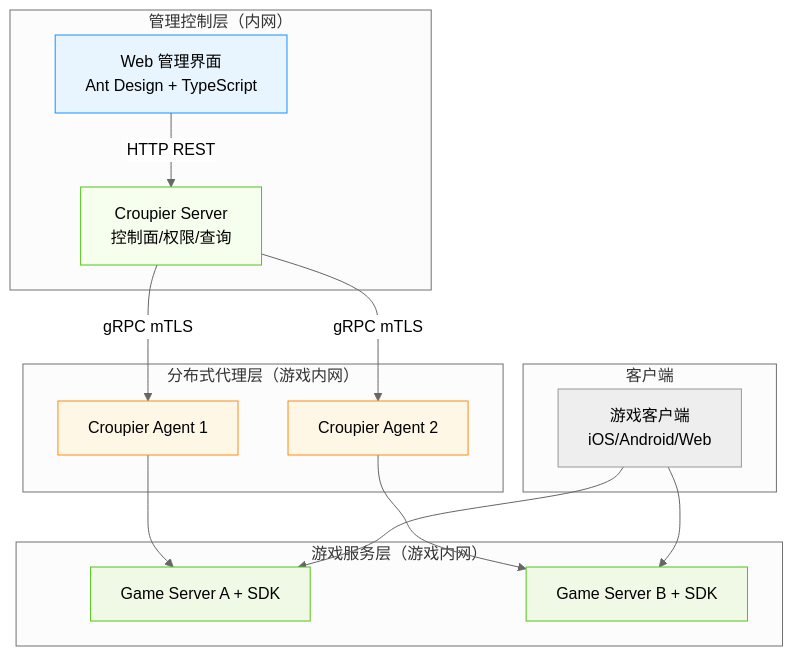
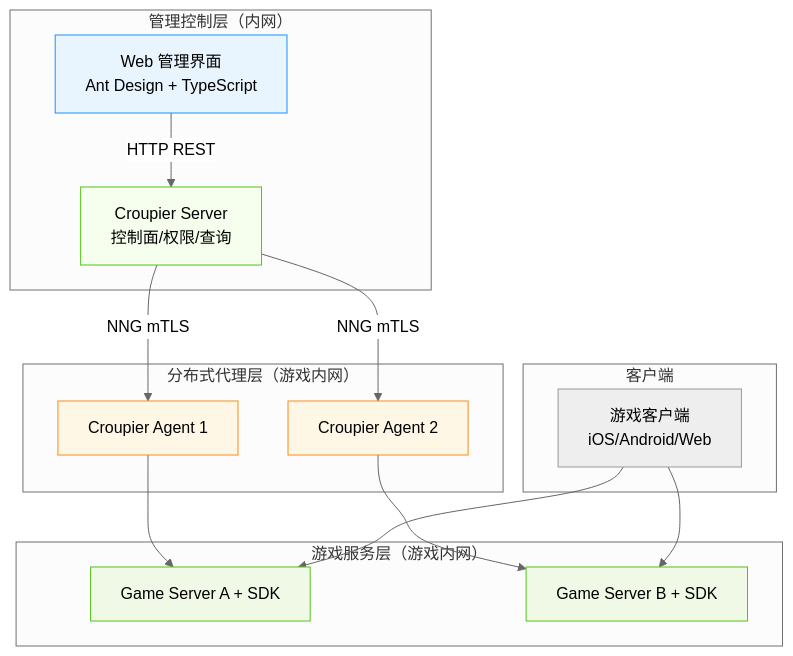
Before and after one commit to cuihairu/croupier: the diagram in docs/README.md, drawn with Mermaid (neutral theme). The commit also changed other lines of this file and 2 other files, not shown here.

First line of the commit message:
docs: 将通信协议从 gRPC 更新为 NNG

````diff
--- a/docs/README.md
+++ b/docs/README.md
@@ -90,39 +90,39 @@
 ```mermaid
 graph TB
   subgraph "客户端"
     Client[游戏客户端<br/>iOS/Android/Web]
   end
 
   subgraph "管理控制层（内网）"
     UI[Web 管理界面<br/>Ant Design + TypeScript]
     Server[Croupier Server<br/>控制面/权限/查询]
   end
 
   subgraph "分布式代理层（游戏内网）"
     A1[Croupier Agent 1]
     A2[Croupier Agent 2]
   end
 
   subgraph "游戏服务层（游戏内网）"
     GS1[Game Server A + SDK]
     GS2[Game Server B + SDK]
   end
 
   UI -->|HTTP REST| Server
-  Server -->|gRPC mTLS| A1
-  Server -->|gRPC mTLS| A2
+  Server -->|NNG mTLS| A1
+  Server -->|NNG mTLS| A2
   A1 --> GS1
   A2 --> GS2
   Client --> GS1
   Client --> GS2
 
   classDef ui fill:#e8f5ff,stroke:#1890ff
   classDef server fill:#f6ffed,stroke:#52c41a
   classDef agent fill:#fff7e6,stroke:#fa8c16
   classDef game fill:#f0f9e6,stroke:#52c41a
 
   class UI ui
   class Server server
   class A1,A2 agent
   class GS1,GS2 game
 ```
````
